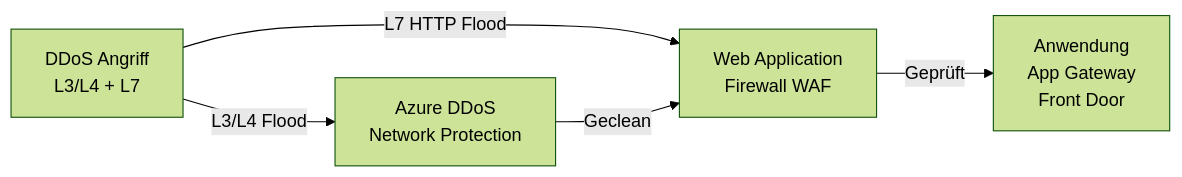
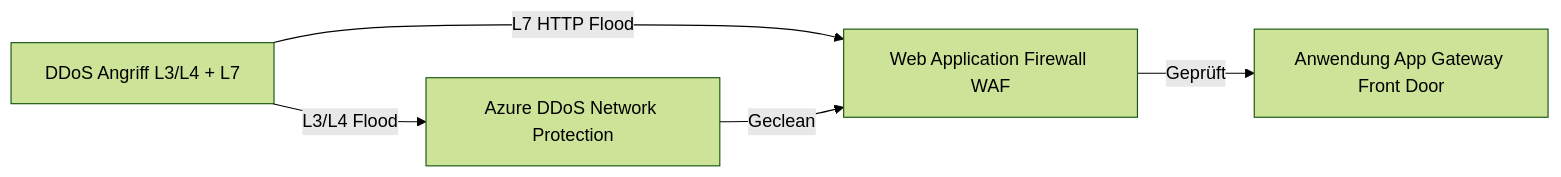
Before and after one commit to SoniiiT/notes-n-docs: the fourth of 5 diagrams in Microsoft 365/Azure/Netzwerk/Azure DDoS Protection.md, drawn with Mermaid (forest theme). The commit also changed other lines of this file and 124 other files, not shown here.

First line of the commit message:
fix: Entferne \n aus allen Mermaid-Diagrammen (125 Dateien)

````diff
--- a/Microsoft 365/Azure/Netzwerk/Azure DDoS Protection.md
+++ b/Microsoft 365/Azure/Netzwerk/Azure DDoS Protection.md
@@ -184,7 +184,7 @@
 ```mermaid
 graph LR
-    ATTACK[DDoS Angriff\nL3/L4 + L7] -->|L3/L4 Flood| DDOS[Azure DDoS\nNetwork Protection]
-    ATTACK -->|L7 HTTP Flood| WAF[Web Application\nFirewall WAF]
+    ATTACK[DDoS Angriff L3/L4 + L7] -->|L3/L4 Flood| DDOS[Azure DDoS Network Protection]
+    ATTACK -->|L7 HTTP Flood| WAF[Web Application Firewall WAF]
     DDOS -->|Geclean| WAF
-    WAF -->|Geprüft| APP[Anwendung\nApp Gateway\nFront Door]
+    WAF -->|Geprüft| APP[Anwendung App Gateway Front Door]
 ```
````
